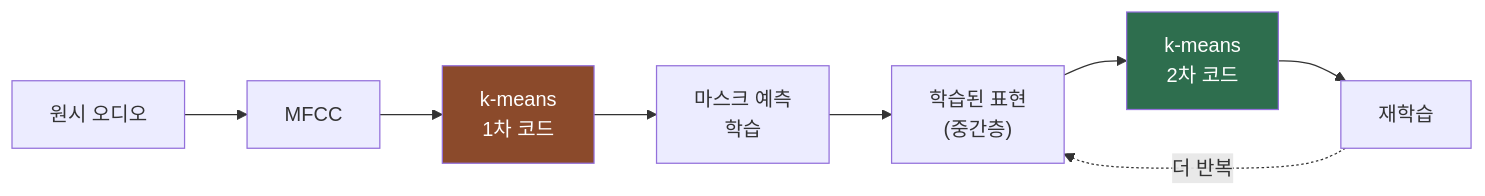
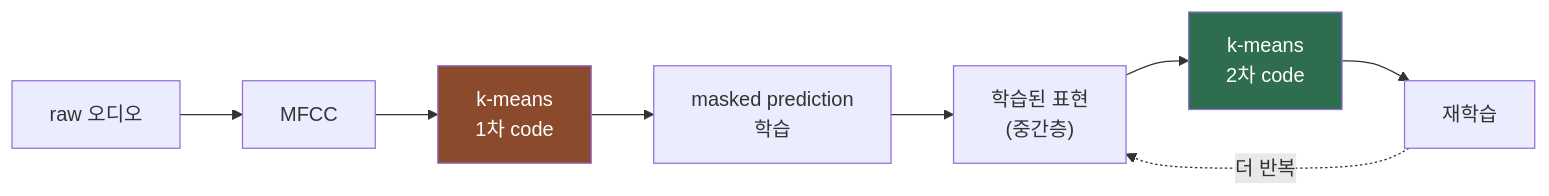
Before and after one commit to yuvjjang/aiml_studybook: the diagram in chapters/08_audio/05_ssl_speech.qmd, drawn with Mermaid. The commit also changed other lines of this file, not shown here.

Commit message:
8.5 음성 self-supervised learning 풀어쓰기: contrastive·pseudo-label·HuBERT refinement·label efficiency·probe 영문 용어와 비유 추가

````diff
--- a/chapters/08_audio/05_ssl_speech.qmd
+++ b/chapters/08_audio/05_ssl_speech.qmd
@@ -338,14 +342,14 @@
 ```{mermaid}
 %%| label: fig-hubert-loop
-%%| fig-cap: "HuBERT의 반복 정제. 모델이 만든 표현이 다음 라운드의 라벨이 됩니다."
+%%| fig-cap: "HuBERT의 iterative refinement. 모델이 만든 표현이 다음 round의 label이 됩니다."
 flowchart LR
-  A["원시 오디오"] --> B["MFCC"]
-  B --> C["k-means<br/>1차 코드"]
-  C --> D["마스크 예측<br/>학습"]
+  A["raw 오디오"] --> B["MFCC"]
+  B --> C["k-means<br/>1차 code"]
+  C --> D["masked prediction<br/>학습"]
   D --> E["학습된 표현<br/>(중간층)"]
-  E --> F["k-means<br/>2차 코드"]
+  E --> F["k-means<br/>2차 code"]
   F --> G["재학습"]
   G -.->|더 반복| E
   style C fill:#8B4A2B,color:#fff
   style F fill:#2E6E4E,color:#fff
 ```
````
